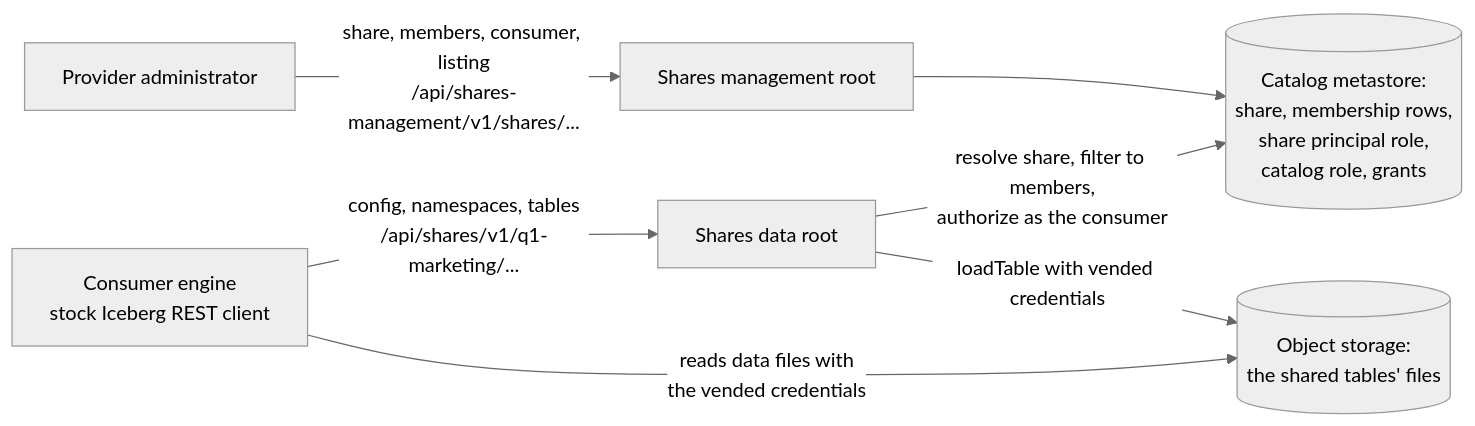
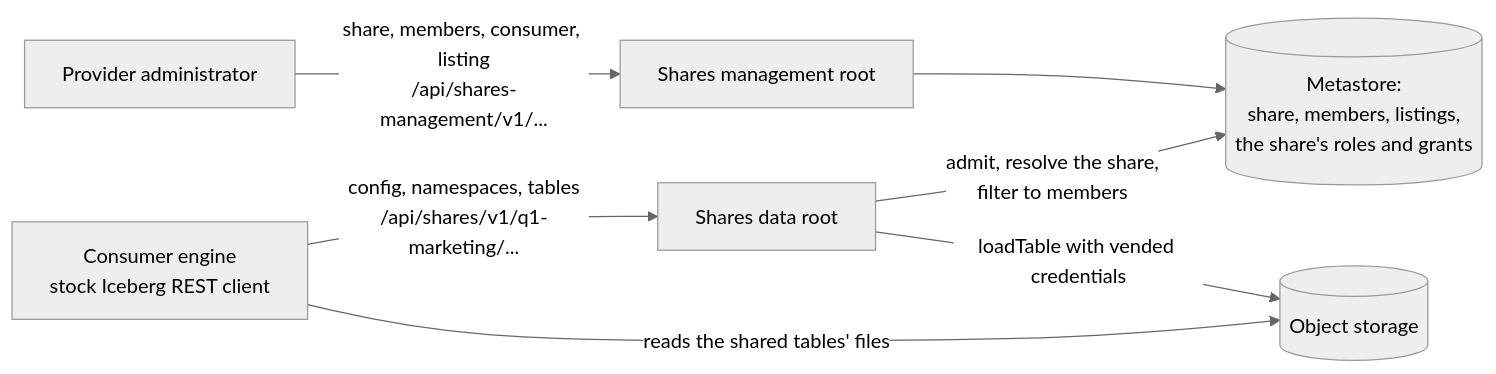
The first of 2 diagrams in polaris-sharing/design/shares-journeys.md (dennishuo/dhuo-public-provenance), drawn with Mermaid (neutral theme) before and after one commit. The commit also changed other lines of this file, not shown here.

````diff
--- a/polaris-sharing/design/shares-journeys.md
+++ b/polaris-sharing/design/shares-journeys.md
@@ -41,9 +24,9 @@
 ```mermaid
 flowchart LR
-  P[Provider administrator] -->|"share, members, consumer, listing<br/>/api/shares-management/v1/shares/..."| M[Shares management root]
+  P[Provider administrator] -->|"share, members, consumer, listing<br/>/api/shares-management/v1/..."| M[Shares management root]
   C[Consumer engine<br/>stock Iceberg REST client] -->|"config, namespaces, tables<br/>/api/shares/v1/q1-marketing/..."| S[Shares data root]
-  M --> K[(Catalog metastore:<br/>share, membership rows,<br/>share principal role,<br/>catalog role, grants)]
-  S -->|"resolve share, filter to members,<br/>authorize as the consumer"| K
-  S -->|"loadTable with vended credentials"| O[(Object storage:<br/>the shared tables' files)]
-  C -->|"reads data files with<br/>the vended credentials"| O
+  M --> K[(Metastore:<br/>share, members, listings,<br/>the share's roles and grants)]
+  S -->|"admit, resolve the share,<br/>filter to members"| K
+  S -->|"loadTable with vended credentials"| O[(Object storage)]
+  C -->|"reads the shared tables' files"| O
 ```
````
